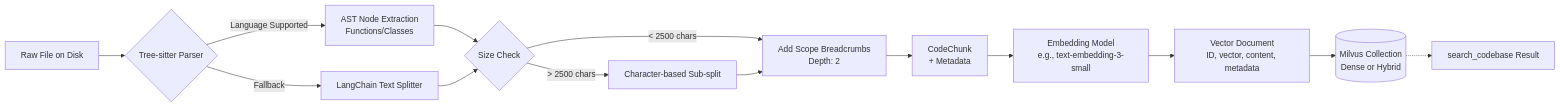
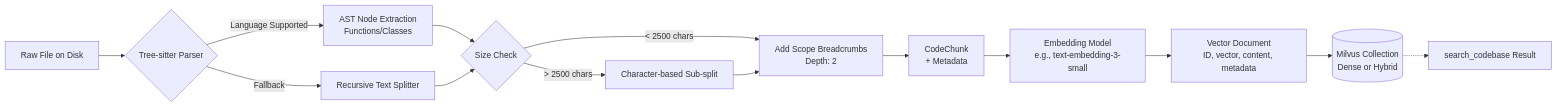
One commit to ham-zax/satori changed the third of 3 diagrams in docs/ARCHITECTURE.md. Above: the diagram before and after it, drawn with Mermaid. The commit also changed other lines of this file and 42 other files, not shown here.

````diff
--- a/docs/ARCHITECTURE.md
+++ b/docs/ARCHITECTURE.md
@@ -96,24 +96,24 @@
 ```mermaid
 flowchart LR
     A[Raw File on Disk] --> B{Tree-sitter Parser}
     
     B -->|Language Supported| C[AST Node Extraction<br/>Functions/Classes]
-    B -->|Fallback| D[LangChain Text Splitter]
+    B -->|Fallback| D[Recursive Text Splitter]
     
     C --> E{Size Check}
     D --> E
     
     E -->|> 2500 chars| F[Character-based Sub-split]
     E -->|< 2500 chars| G[Add Scope Breadcrumbs<br/>Depth: 2]
     F --> G
     
     G --> H[CodeChunk<br/>+ Metadata]
     
     H --> I[Embedding Model<br/>e.g., text-embedding-3-small]
     
     I --> J[Vector Document<br/>ID, vector, content, metadata]
     
     J --> K[(Milvus Collection<br/>Dense or Hybrid)]
     
     K -.-> L[search_codebase Result]
 ```
````
